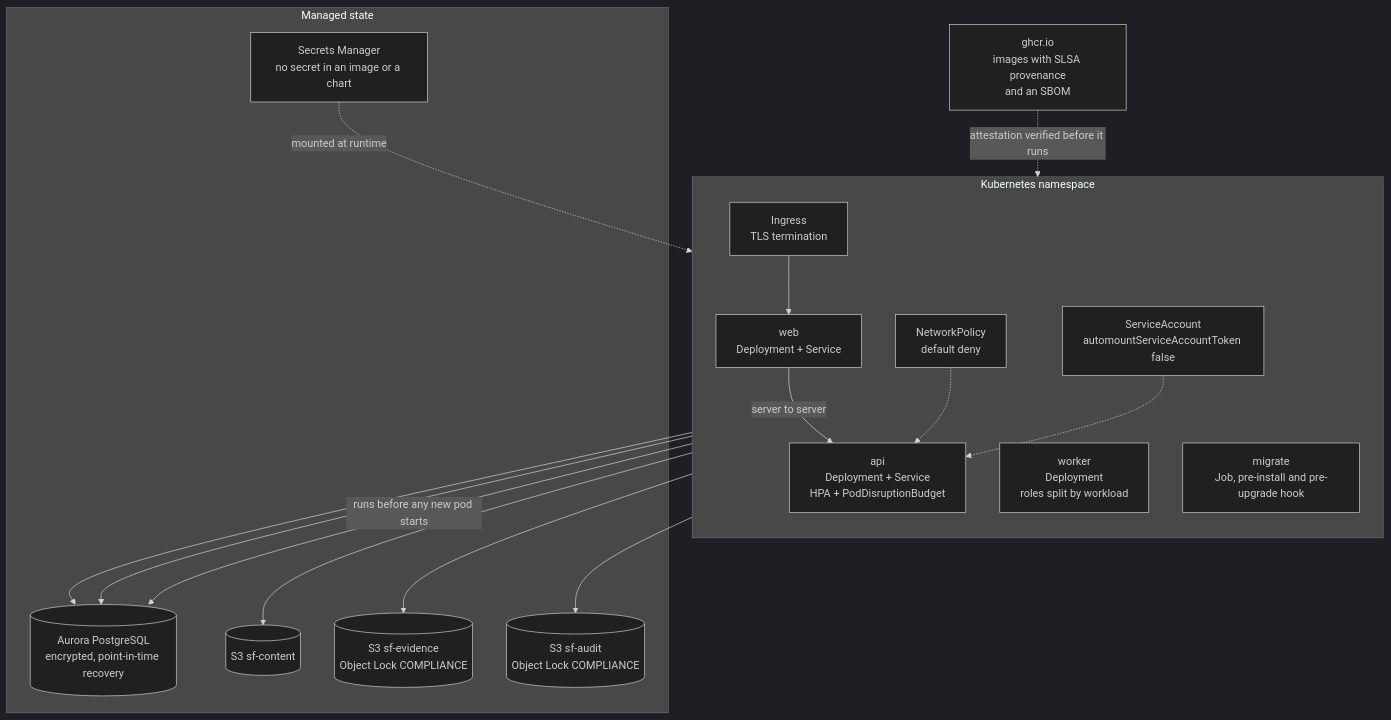
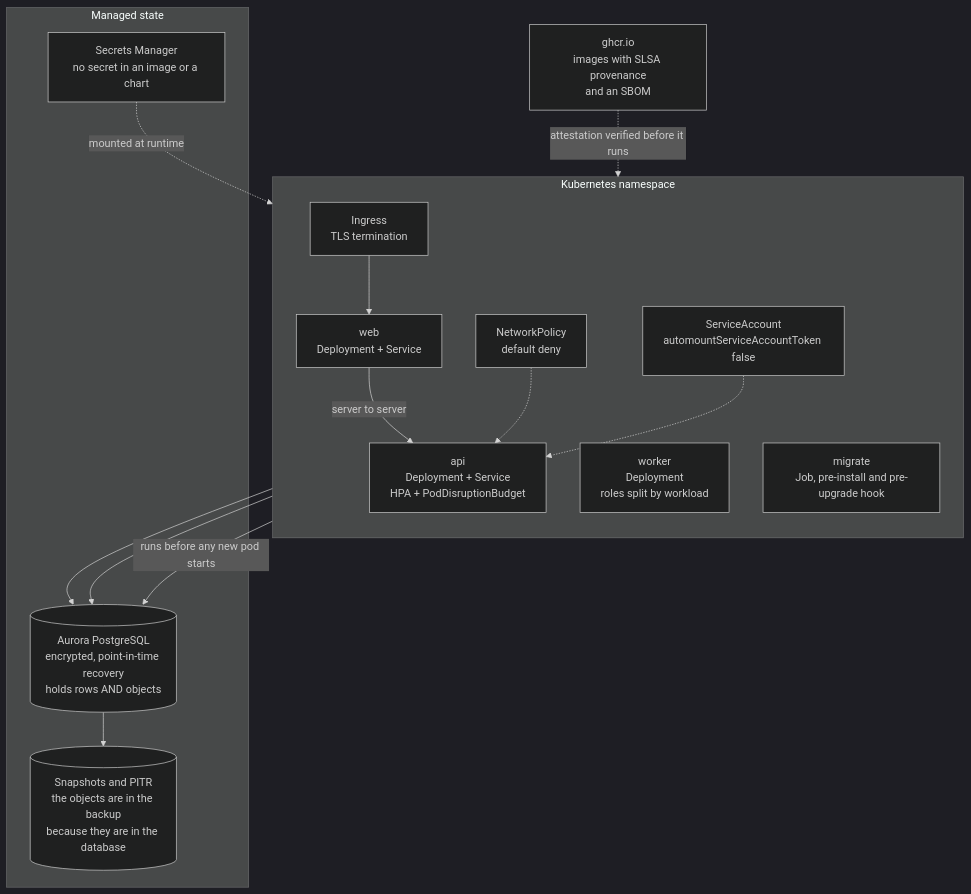
The tenth of 10 diagrams in README.md (udaykishore-resu/specforge), drawn with Mermaid (dark theme) before and after one commit. The commit also changed other lines of this file and 18 other files, not shown here.

````diff
--- a/README.md
+++ b/README.md
@@ -841,36 +885,32 @@
 ```mermaid
 flowchart TB
     subgraph k8s["Kubernetes namespace"]
         direction TB
         ingress["Ingress<br/>TLS termination"]
         webpod["web<br/>Deployment + Service"]
         apipod["api<br/>Deployment + Service<br/>HPA + PodDisruptionBudget"]
         workerpod["worker<br/>Deployment<br/>roles split by workload"]
         migjob["migrate<br/>Job, pre-install and pre-upgrade hook"]
         netpol["NetworkPolicy<br/>default deny"]
         sa["ServiceAccount<br/>automountServiceAccountToken false"]
     end
 
     subgraph aws["Managed state"]
-        aurora[("Aurora PostgreSQL<br/>encrypted, point-in-time recovery")]
-        s3c[("S3 sf-content")]
-        s3e[("S3 sf-evidence<br/>Object Lock COMPLIANCE")]
-        s3a[("S3 sf-audit<br/>Object Lock COMPLIANCE")]
+        aurora[("Aurora PostgreSQL<br/>encrypted, point-in-time recovery<br/>holds rows AND objects")]
         secrets["Secrets Manager<br/>no secret in an image or a chart"]
+        backup[("Snapshots and PITR<br/>the objects are in the backup<br/>because they are in the database")]
     end
 
     registry["ghcr.io<br/>images with SLSA provenance<br/>and an SBOM"]
 
     ingress --> webpod
     webpod -->|"server to server"| apipod
     apipod --> aurora
-    apipod --> s3c
-    apipod --> s3e
     workerpod --> aurora
-    workerpod --> s3a
+    aurora --> backup
     migjob -->|"runs before any new pod starts"| aurora
     netpol -.-> apipod
     sa -.-> apipod
     secrets -.->|"mounted at runtime"| apipod
     registry -.->|"attestation verified before it runs"| apipod
 ```
````
